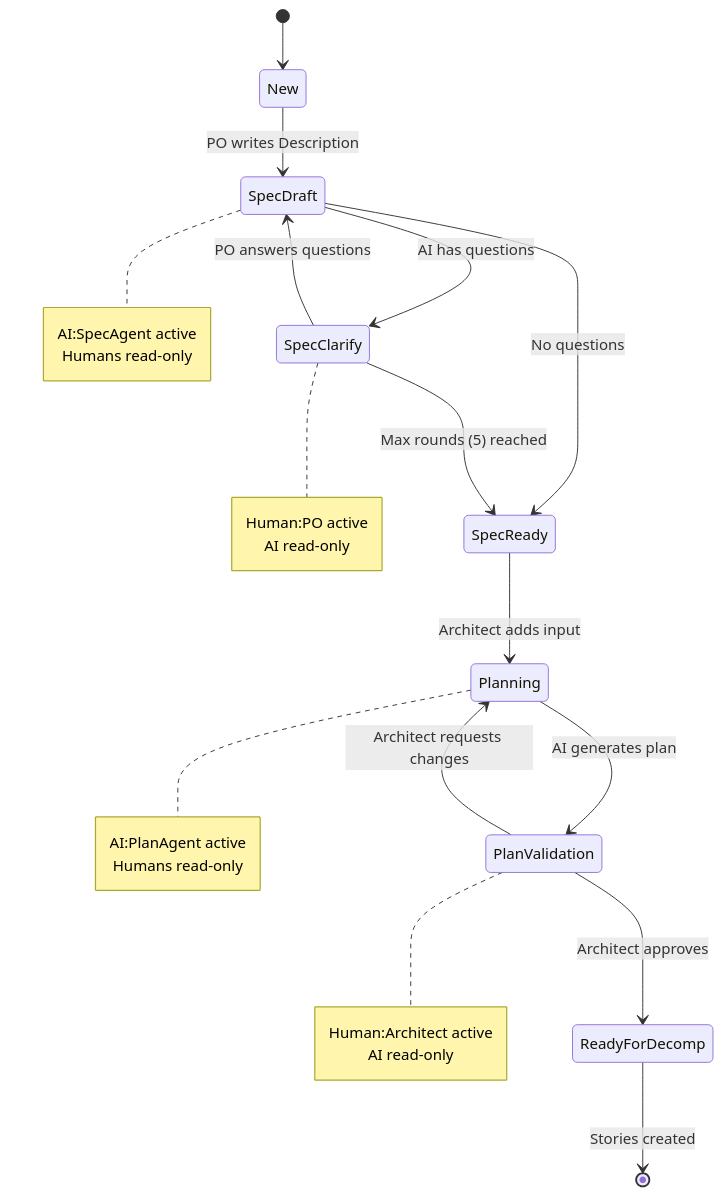
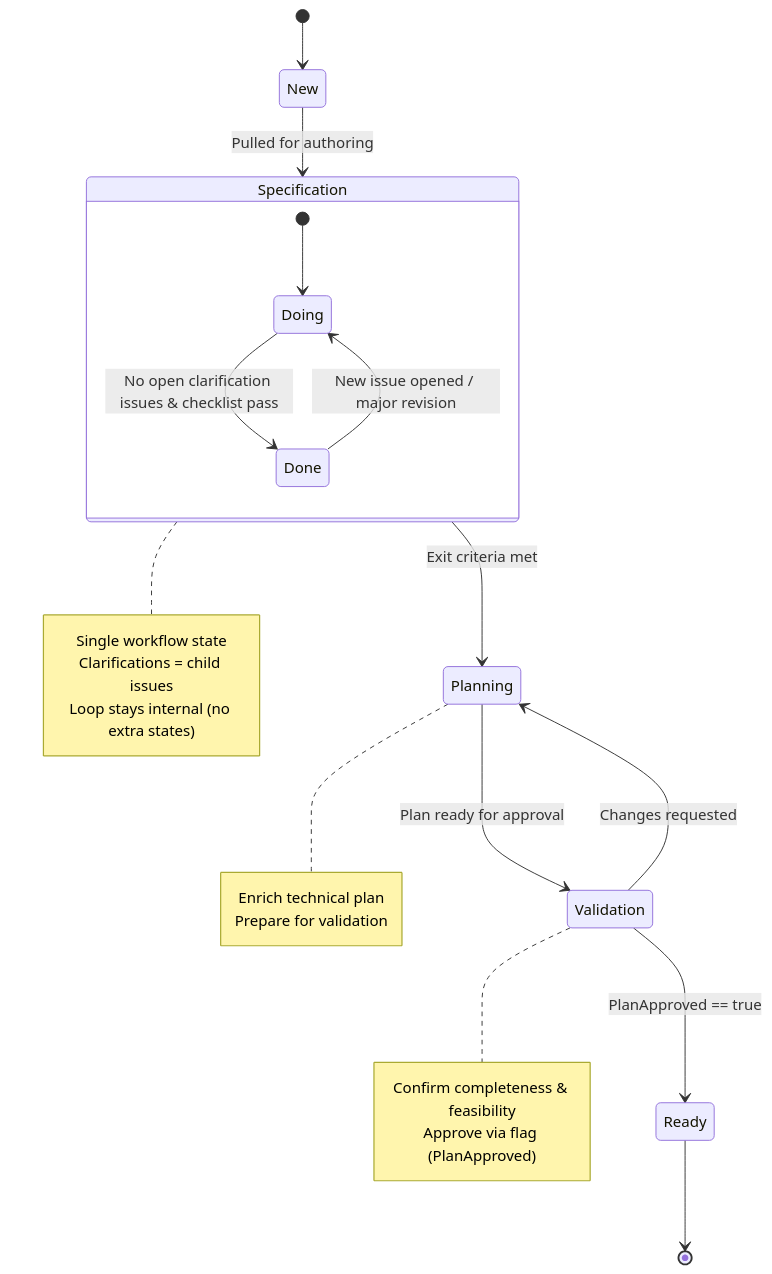
Before and after one commit to agzyamov/ai-native-sdlc: the diagram in docs/diagrams/03-feature-workflow-states.md, drawn with Mermaid. The commit also changed other lines of this file and 7 other files, not shown here.

First line of the commit message:
docs: standardize Mermaid diagrams, add mermaid-cli validation, and trim README

````diff
--- a/docs/diagrams/03-feature-workflow-states.md
+++ b/docs/diagrams/03-feature-workflow-states.md
@@ -3,34 +3,32 @@
-::: mermaid
+```mermaid
 stateDiagram-v2
     [*] --> New
-    New --> SpecDraft: PO writes Description
-    SpecDraft --> SpecClarify: AI has questions
-    SpecDraft --> SpecReady: No questions
-    SpecClarify --> SpecDraft: PO answers questions
-    SpecClarify --> SpecReady: Max rounds (5) reached
-    SpecReady --> Planning: Architect adds input
-    Planning --> PlanValidation: AI generates plan
-    PlanValidation --> Planning: Architect requests changes
-    PlanValidation --> ReadyForDecomp: Architect approves
-    ReadyForDecomp --> [*]: Stories created
-    
-    note right of SpecDraft
-        AI:SpecAgent active
-        Humans read-only
+    New --> Specification: Pulled for authoring
+    Specification --> Planning: Exit criteria met
+    Planning --> Validation: Plan ready for approval
+    Validation --> Planning: Changes requested
+    Validation --> Ready: PlanApproved == true
+    Ready --> [*]
+
+    state Specification {
+        [*] --> Doing
+        Doing --> Done: No open clarification issues & checklist pass
+        Done --> Doing: New issue opened / major revision
+    }
+
+    note right of Specification
+        Single workflow state
+        Clarifications = child issues
+        Loop stays internal (no extra states)
     end note
-    
-    note right of SpecClarify
-        Human:PO active
-        AI read-only
+
+    note right of Planning
+        Enrich technical plan
+        Prepare for validation
     end note
-    
-    note right of Planning
-        AI:PlanAgent active
-        Humans read-only
+
+    note right of Validation
+        Confirm completeness & feasibility
+        Approve via flag (PlanApproved)
     end note
-    
-    note right of PlanValidation
-        Human:Architect active
-        AI read-only
-    end note
-:::
+```
````
